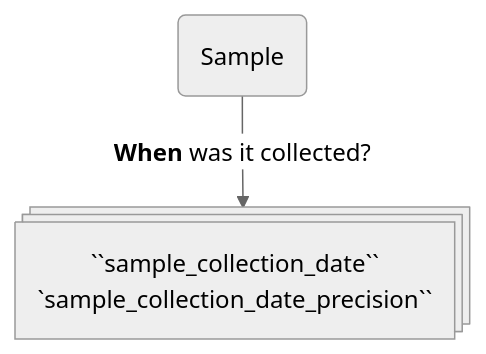
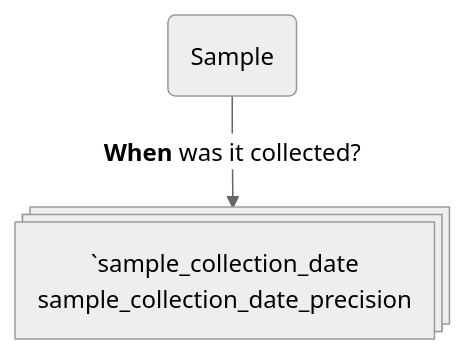
The second of 2 diagrams in metadata_standards_sop.md (grdi-amr/docs-and-SOPs), drawn with Mermaid (neutral theme) before and after one commit.

Commit message:
fix markdown error

````diff
--- a/metadata_standards_sop.md
+++ b/metadata_standards_sop.md
@@ -208,9 +208,9 @@
 ```mermaid
 graph TD
 
-time_fields@{shape: procs, label: "``sample_collection_date``
-                                    `sample_collection_date_precision``"}
+time_fields@{shape: procs, label: "`sample_collection_date
+                                    sample_collection_date_precision"}
 
 sam("Sample") --> |"`**When** was it collected?`"| time_fields
 
 ```
````
